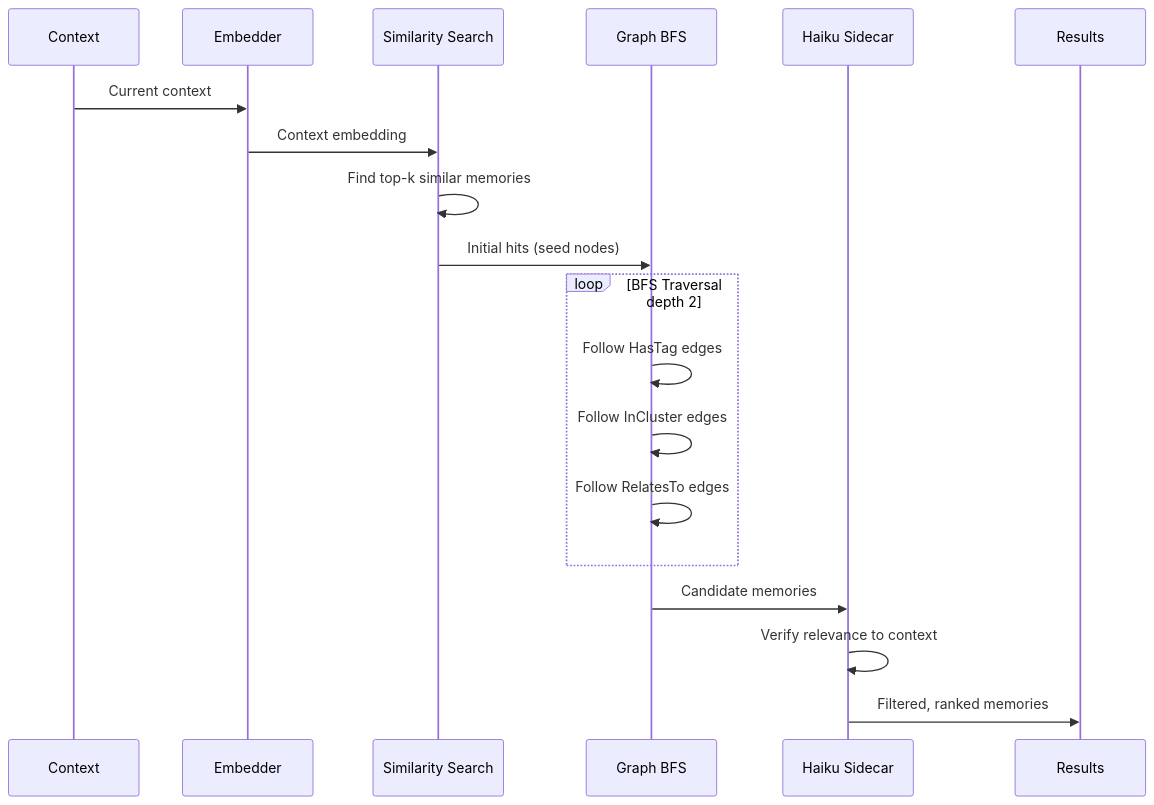
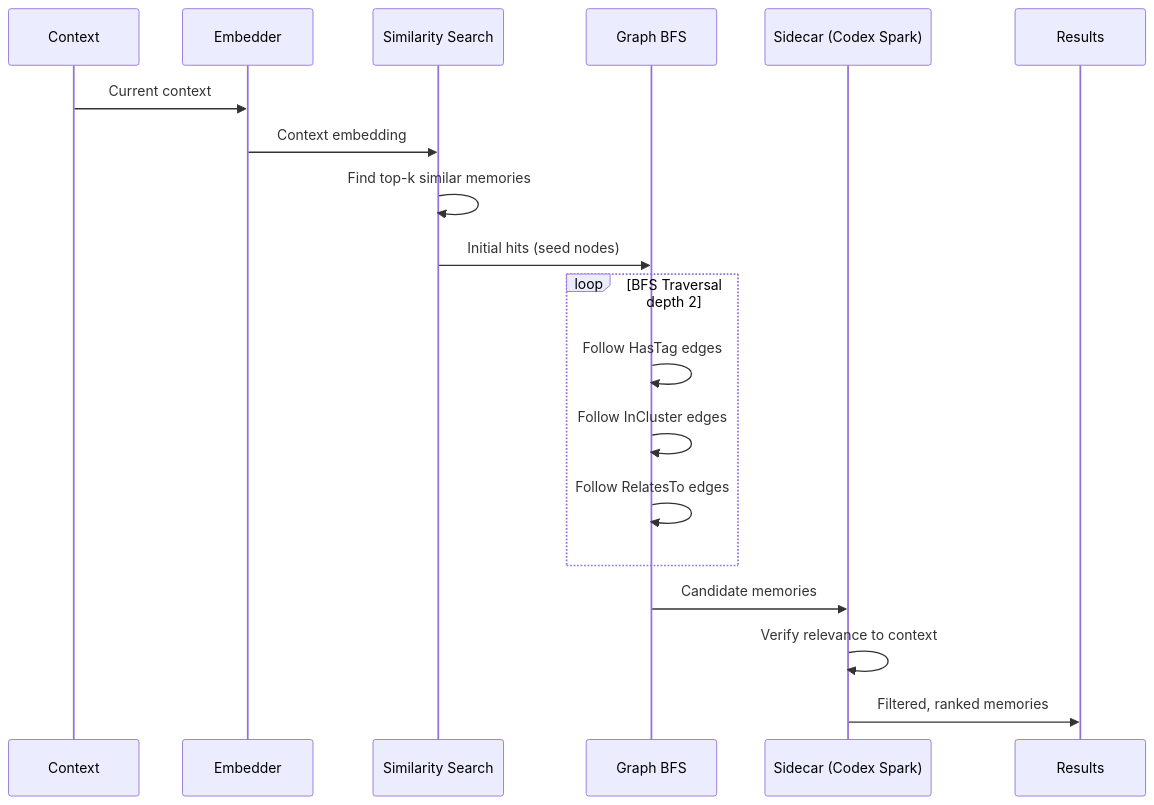
The fourth of 8 diagrams in docs/MEMORY_ARCHITECTURE.md (iamrohithrnair/minnal), drawn with Mermaid before and after one commit. The commit also changed other lines of this file and 12 other files, not shown here.

````diff
--- a/docs/MEMORY_ARCHITECTURE.md
+++ b/docs/MEMORY_ARCHITECTURE.md
@@ -221,24 +221,24 @@
 ```mermaid
 sequenceDiagram
     participant C as Context
     participant E as Embedder
     participant S as Similarity Search
     participant G as Graph BFS
-    participant H as Haiku Sidecar
+    participant H as Sidecar (Codex Spark)
     participant R as Results
 
     C->>E: Current context
     E->>S: Context embedding
     S->>S: Find top-k similar memories
     S->>G: Initial hits (seed nodes)
 
     loop BFS Traversal depth 2
         G->>G: Follow HasTag edges
         G->>G: Follow InCluster edges
         G->>G: Follow RelatesTo edges
     end
 
     G->>H: Candidate memories
     H->>H: Verify relevance to context
     H->>R: Filtered, ranked memories
 ```
````
